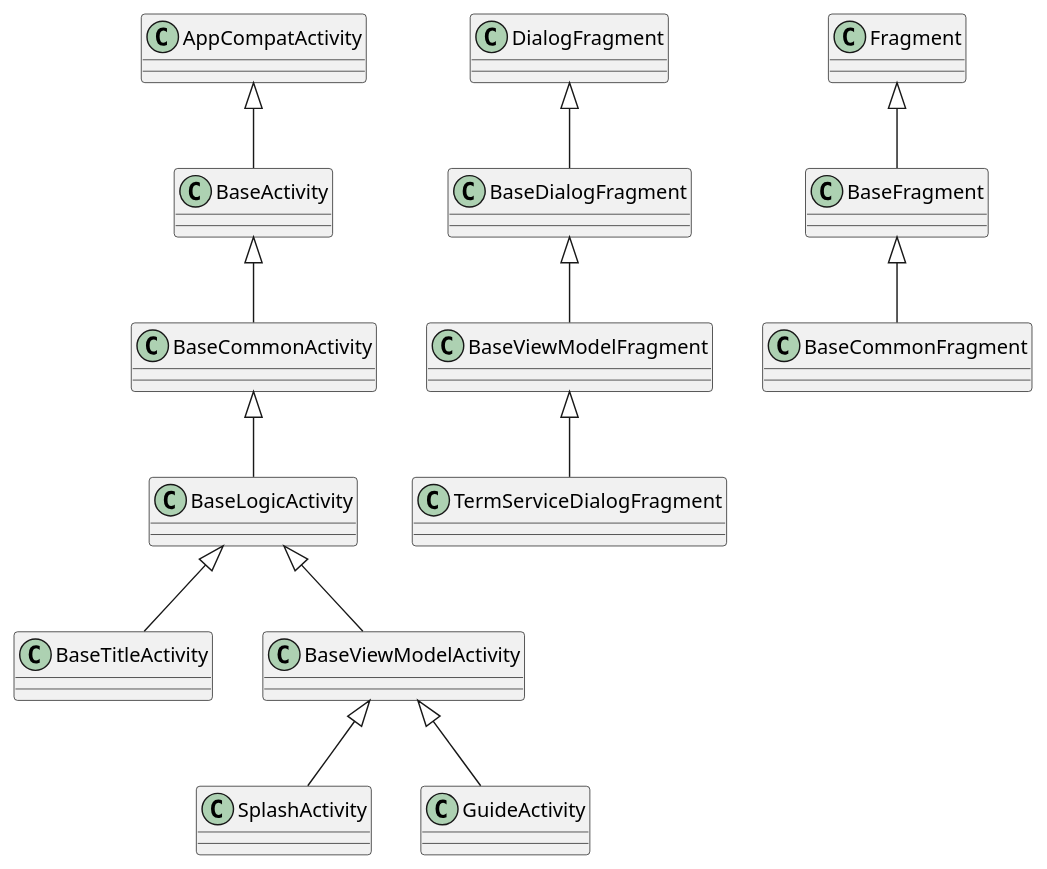
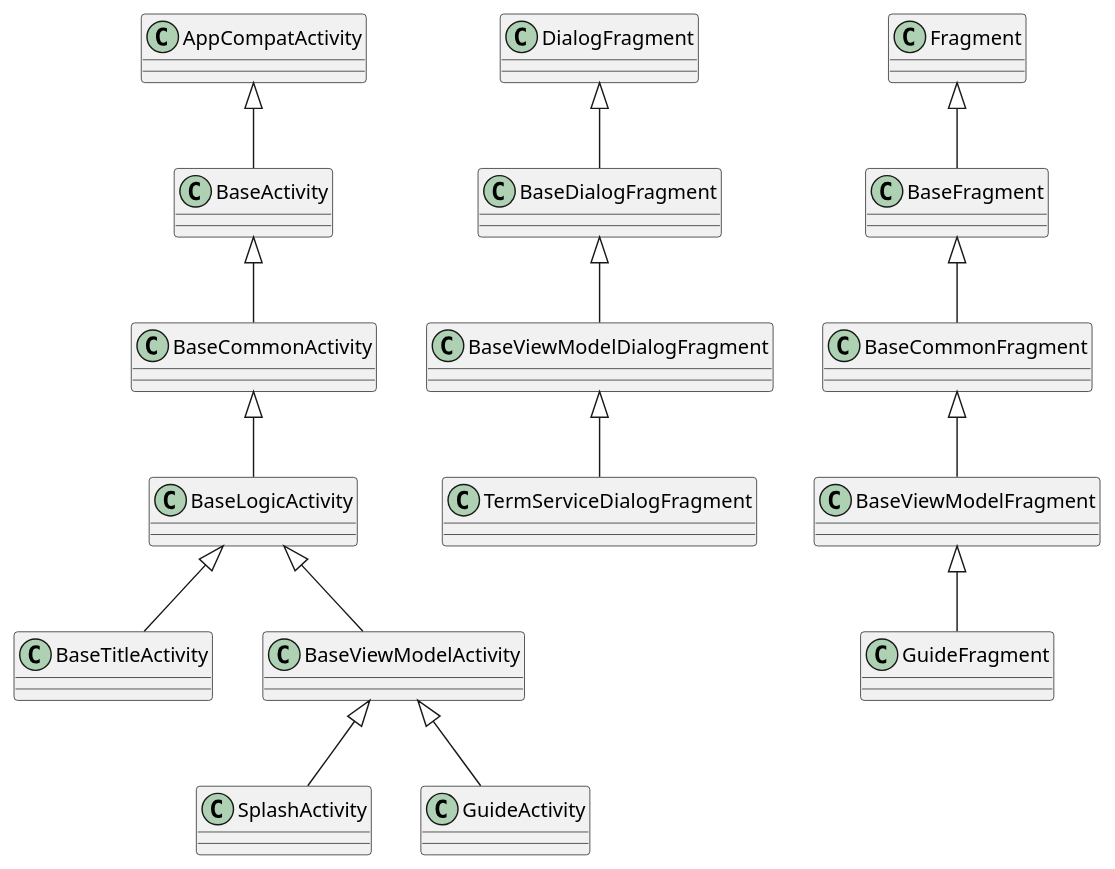
One commit to boredommaker/cloud-music-java-self changed the diagram in class.puml. Above: the diagram before and after it, drawn with PlantUML. The commit also changed 9 other files, not shown here.

```diff
--- a/class.puml
+++ b/class.puml
@@ -1,20 +1,24 @@
 @startuml
 'https://plantuml.com/class-diagram
 
 AppCompatActivity    <|--    BaseActivity
 BaseActivity         <|--    BaseCommonActivity
 BaseCommonActivity   <|--    BaseLogicActivity
 BaseLogicActivity    <|--    BaseTitleActivity
 BaseViewModelActivity    <|--    SplashActivity
 BaseViewModelActivity <|-- GuideActivity
 
 DialogFragment    <|--    BaseDialogFragment
-BaseDialogFragment   <|--    BaseViewModelFragment
-BaseViewModelFragment <|--    TermServiceDialogFragment
+BaseDialogFragment   <|--    BaseViewModelDialogFragment
+BaseViewModelDialogFragment <|--    TermServiceDialogFragment
 
 
 BaseLogicActivity <|-- BaseViewModelActivity
 
 Fragment   <|--   BaseFragment
 BaseFragment  <|-- BaseCommonFragment
+BaseCommonFragment <|-- BaseViewModelFragment
+
+
+BaseViewModelFragment  <|-- GuideFragment
 @enduml
```
